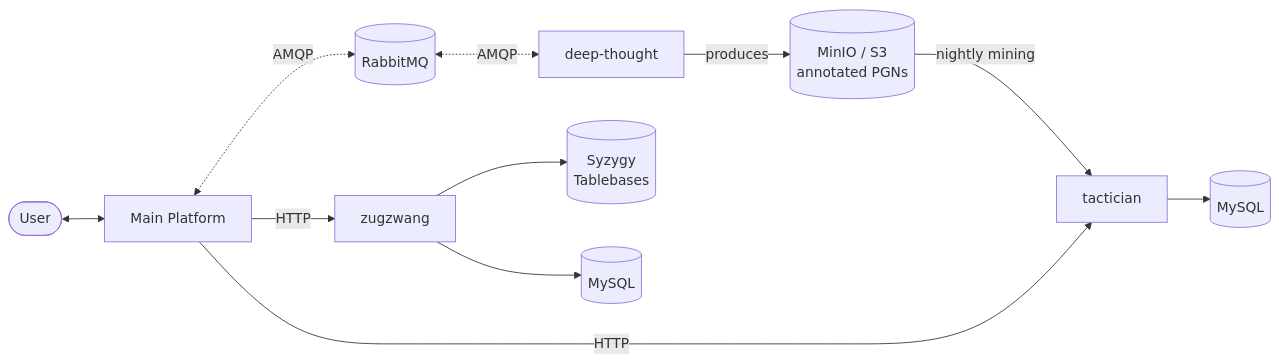
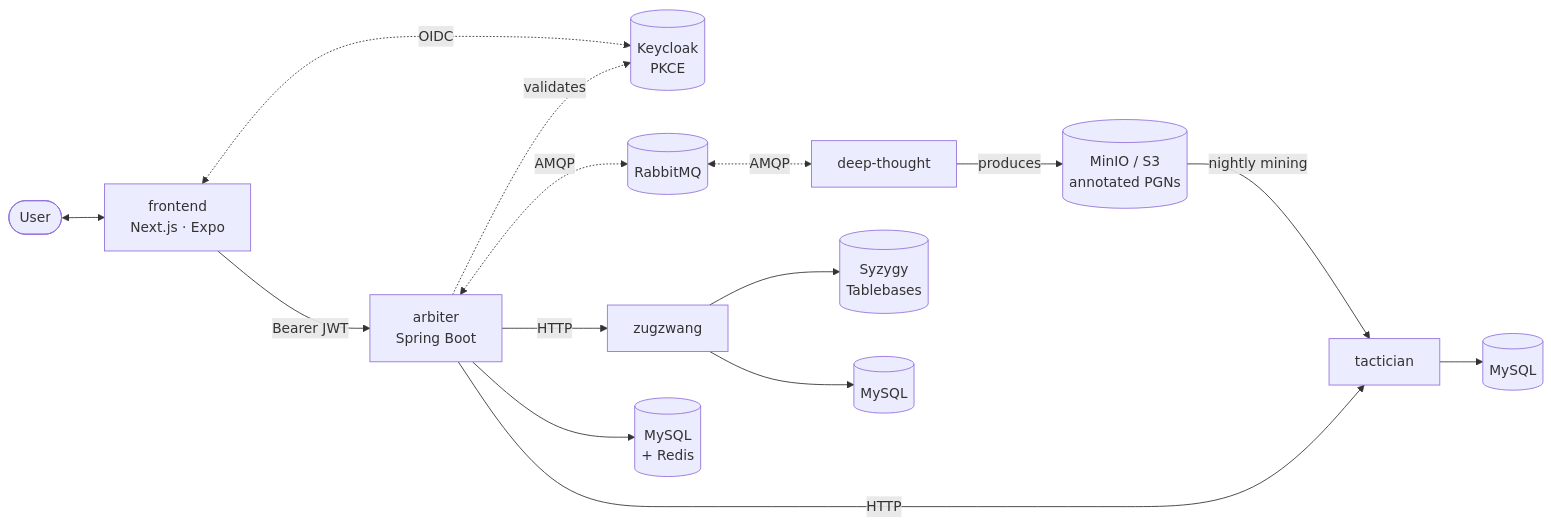
The diagram in profile/README.md (ilovepawn/.github), drawn with Mermaid before and after one commit. The commit also changed other lines of this file and 1 other file, not shown here.

Commit message:
Add frontend and arbiter to architecture, services, and pin cards

````diff
--- a/profile/README.md
+++ b/profile/README.md
@@ -27,24 +40,31 @@
 ```mermaid
 flowchart LR
     User([User])
-    Platform[Main Platform]
+    FE[frontend<br/>Next.js · Expo]
+    KC[(Keycloak<br/>PKCE)]
+    ARB[arbiter<br/>Spring Boot]
     MQ[(RabbitMQ)]
     DT[deep-thought]
     S3[(MinIO / S3<br/>annotated PGNs)]
     TT[tactician]
     ZZ[zugzwang]
     Syzygy[(Syzygy<br/>Tablebases)]
+    DB0[(MySQL<br/>+ Redis)]
     DB1[(MySQL)]
     DB2[(MySQL)]
 
-    User <--> Platform
-    Platform <-. AMQP .-> MQ
+    User <--> FE
+    FE <-. OIDC .-> KC
+    FE -- Bearer JWT --> ARB
+    ARB -. validates .-> KC
+    ARB <-. AMQP .-> MQ
     MQ <-. AMQP .-> DT
     DT -- produces --> S3
     S3 -- nightly mining --> TT
-    Platform -- HTTP --> TT
-    Platform -- HTTP --> ZZ
+    ARB -- HTTP --> TT
+    ARB -- HTTP --> ZZ
     ZZ --> Syzygy
+    ARB --> DB0
     TT --> DB1
     ZZ --> DB2
 ```
````
